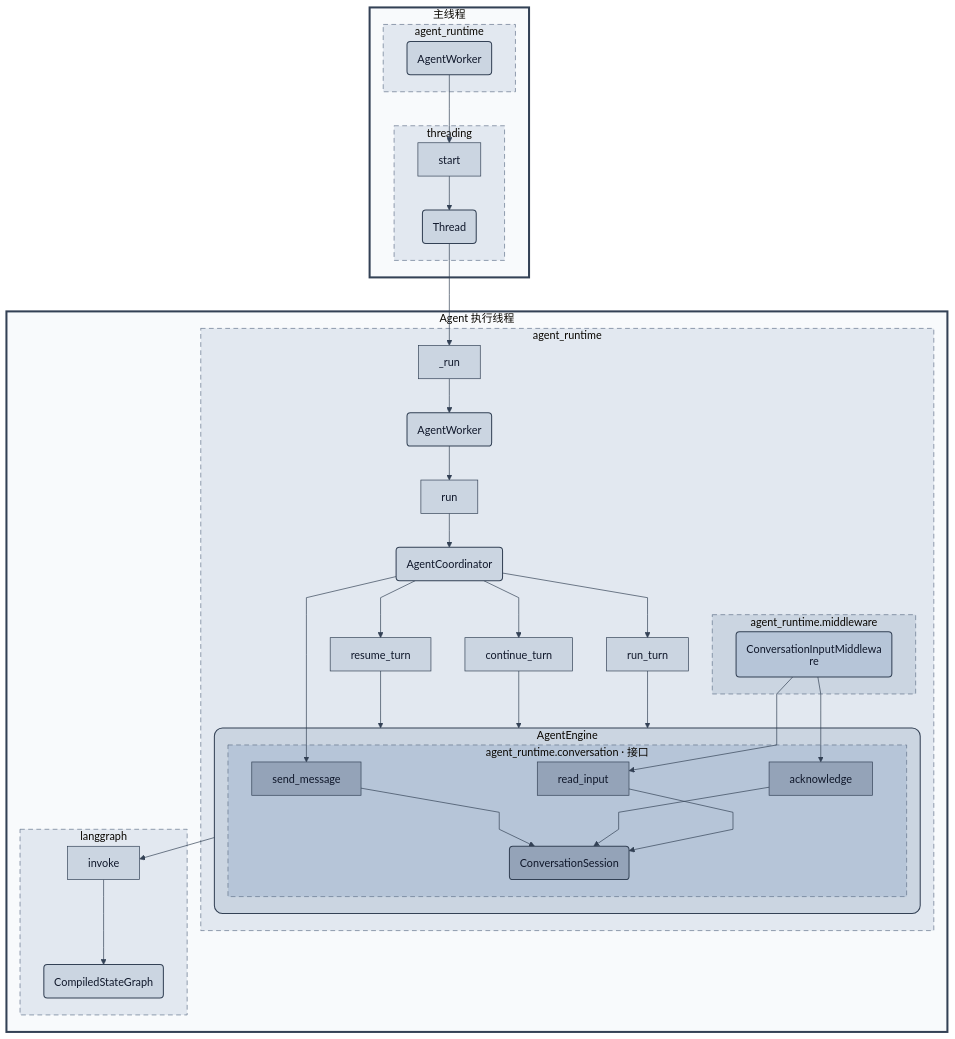
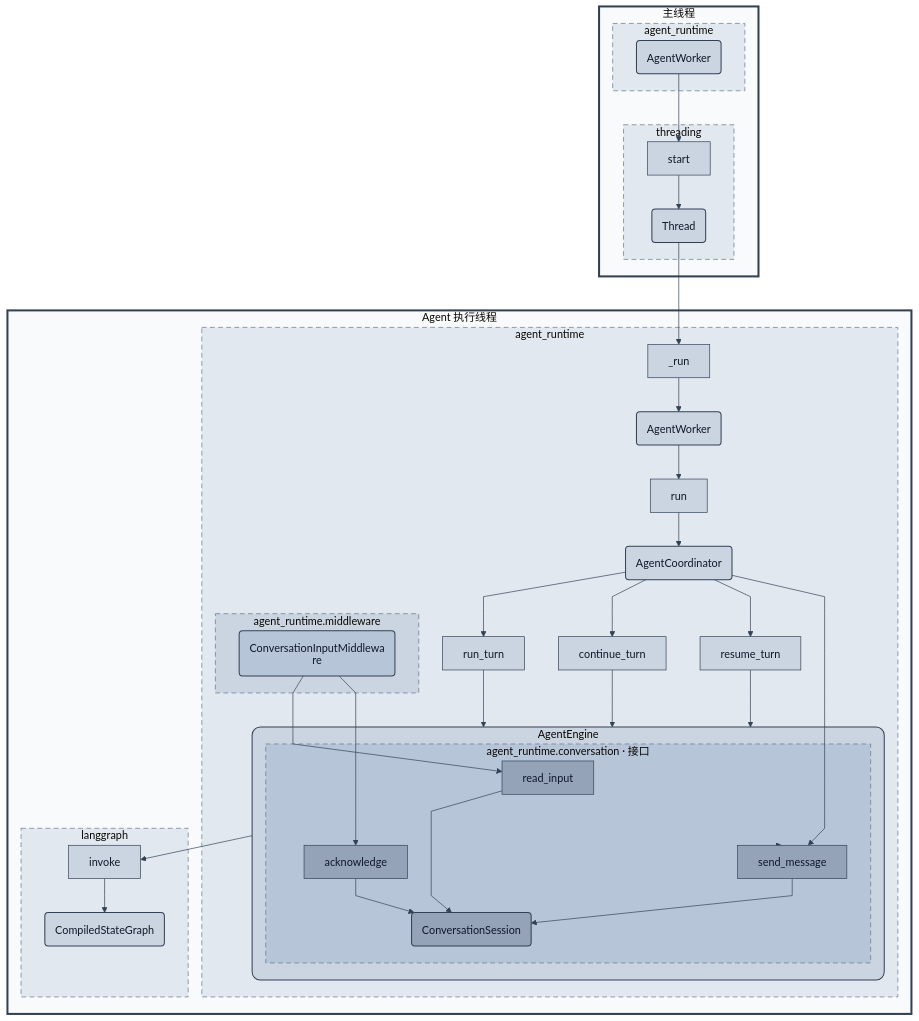
The diagram in docs/agent-runtime-architecture.md (nice-jpg/Bines), drawn with Mermaid before and after one commit. The commit also changed other lines of this file and 97 other files, not shown here.

````diff
--- a/docs/agent-runtime-architecture.md
+++ b/docs/agent-runtime-architecture.md
@@ -24,67 +24,68 @@
 ```mermaid
 %%{init: {"theme": "base", "htmlLabels": false, "flowchart": {"curve": "linear"}, "themeVariables": {"fontFamily": "Arial, sans-serif", "primaryTextColor": "#0f172a", "lineColor": "#334155", "edgeLabelBackground": "#ffffff"}, "themeCSS": ".edgeLabel rect { fill: #ffffff; stroke: #334155; stroke-width: 1px; rx: 0; ry: 0; }"}}%%
 flowchart TB
     subgraph main_thread["主线程"]
         subgraph runtime_main["agent_runtime"]
             worker_main("AgentWorker")
         end
         subgraph thread_module["threading"]
             call_1["start"]
             thread_object("Thread")
         end
         worker_main --> call_1 --> thread_object
     end
     subgraph agent_thread["Agent 执行线程"]
         subgraph runtime_module["agent_runtime"]
             call_2["run"]
             call_3["run_turn"]
             call_4["continue_turn"]
             call_5["resume_turn"]
             worker("AgentWorker")
             worker_entry["_run"]
             coordinator("AgentCoordinator")
             subgraph middleware_module["agent_runtime.middleware"]
                 input_middleware("ConversationInputMiddleware")
             end
             subgraph engine["AgentEngine"]
                 subgraph conversation_boundary["agent_runtime.conversation · 接口"]
                     call_7["read_input"]
                     call_8["acknowledge"]
                     call_9["send_message"]
                     conversation("ConversationSession")
                 end
             end
         end
         subgraph graph_boundary["langgraph"]
             call_6["invoke"]
             compiled_agent("CompiledStateGraph")
         end
         worker --> call_2 --> coordinator
         coordinator --> call_3 --> engine
         coordinator --> call_4 --> engine
         coordinator --> call_5 --> engine
         engine --> call_6 --> compiled_agent
         input_middleware --> call_7 --> conversation
         input_middleware --> call_8 --> conversation
         coordinator --> call_9 --> conversation
+        engine --> call_9
     end
     thread_object --> worker_entry --> worker
     classDef method fill:#cbd5e1,stroke:#334155,color:#0f172a,rx:0,ry:0
     class call_1,call_2,call_3,call_4,call_5,call_6,call_7,call_8,call_9,worker_entry method
     classDef object fill:#cbd5e1,stroke:#334155,color:#0f172a,stroke-width:1.5px
     class worker_main,thread_object,worker,coordinator,input_middleware,conversation,compiled_agent object
     style main_thread fill:#f8fafc,stroke:#334155,stroke-width:3px
     style agent_thread fill:#f8fafc,stroke:#334155,stroke-width:3px
     style runtime_main fill:#e2e8f0,stroke:#64748b,stroke-dasharray:7 5
     style thread_module fill:#e2e8f0,stroke:#64748b,stroke-dasharray:7 5
     style runtime_module fill:#e2e8f0,stroke:#64748b,stroke-dasharray:7 5
     style engine fill:#cbd5e1,stroke:#334155,stroke-width:1.5px,rx:12,ry:12
     style conversation_boundary fill:#b6c5d8,stroke:#64748b,stroke-dasharray:7 5
     style conversation fill:#94a3b8,stroke:#334155
     style call_7 fill:#94a3b8,stroke:#334155
     style call_8 fill:#94a3b8,stroke:#334155
     style call_9 fill:#94a3b8,stroke:#334155
     style middleware_module fill:#cbd5e1,stroke:#64748b,stroke-dasharray:7 5
     style input_middleware fill:#b6c5d8,stroke:#334155
     style graph_boundary fill:#e2e8f0,stroke:#64748b,stroke-dasharray:7 5
 ```
````
